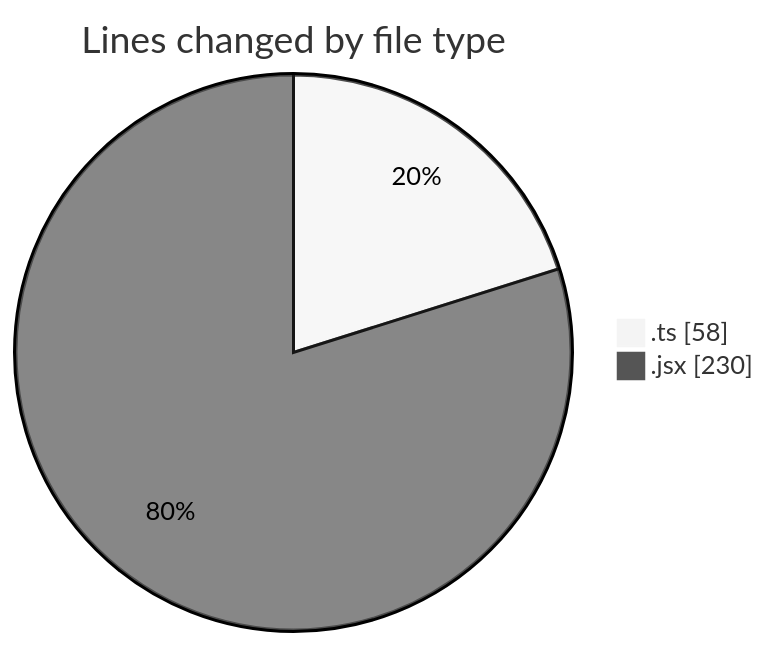
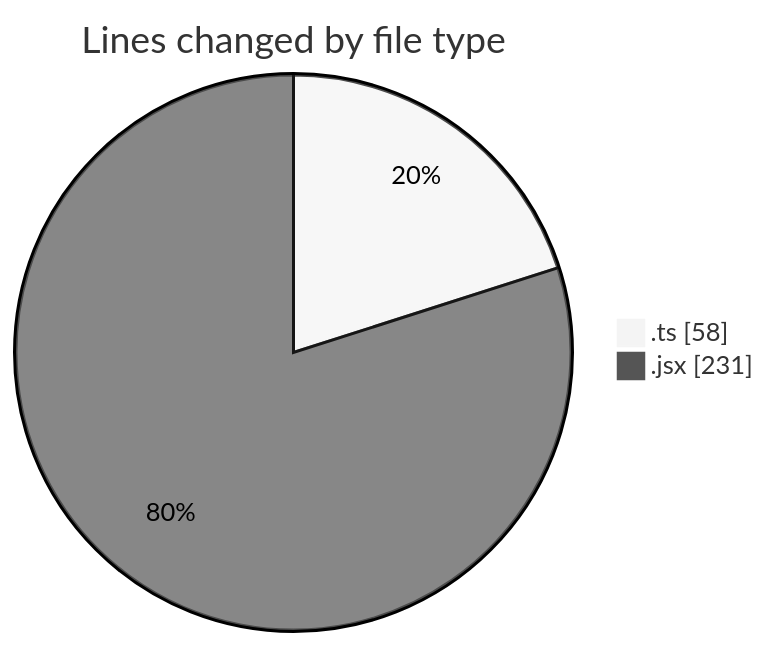
Before and after one commit to robertbonfada/code-tracking: the first of 2 diagrams in 2025-02-08/termonied-web/README.md, drawn with Mermaid (neutral theme). The commit also changed other lines of this file and 1 other file, not shown here.

````diff
--- a/2025-02-08/termonied-web/README.md
+++ b/2025-02-08/termonied-web/README.md
@@ -22,6 +22,6 @@
 ```mermaid
 pie showData
 title Lines changed by file type
 ".ts" : 58
-".jsx" : 230
+".jsx" : 231
 ```
````
